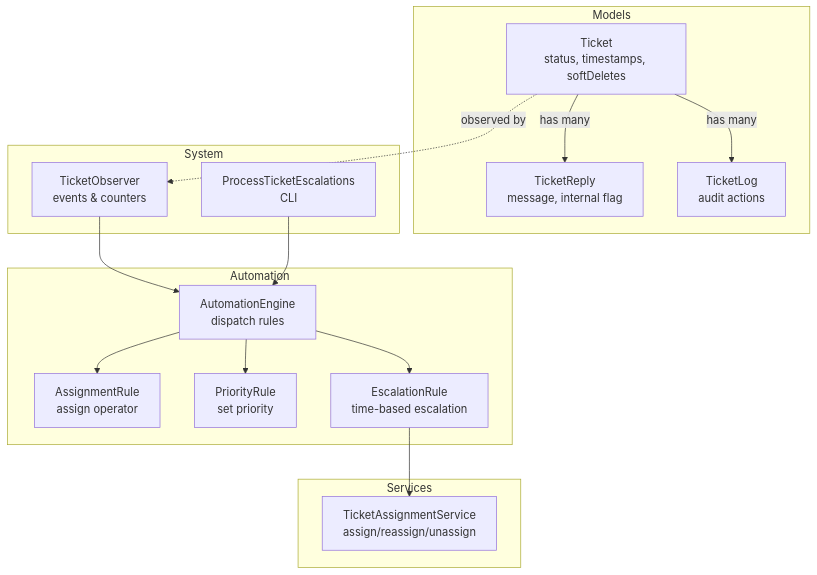
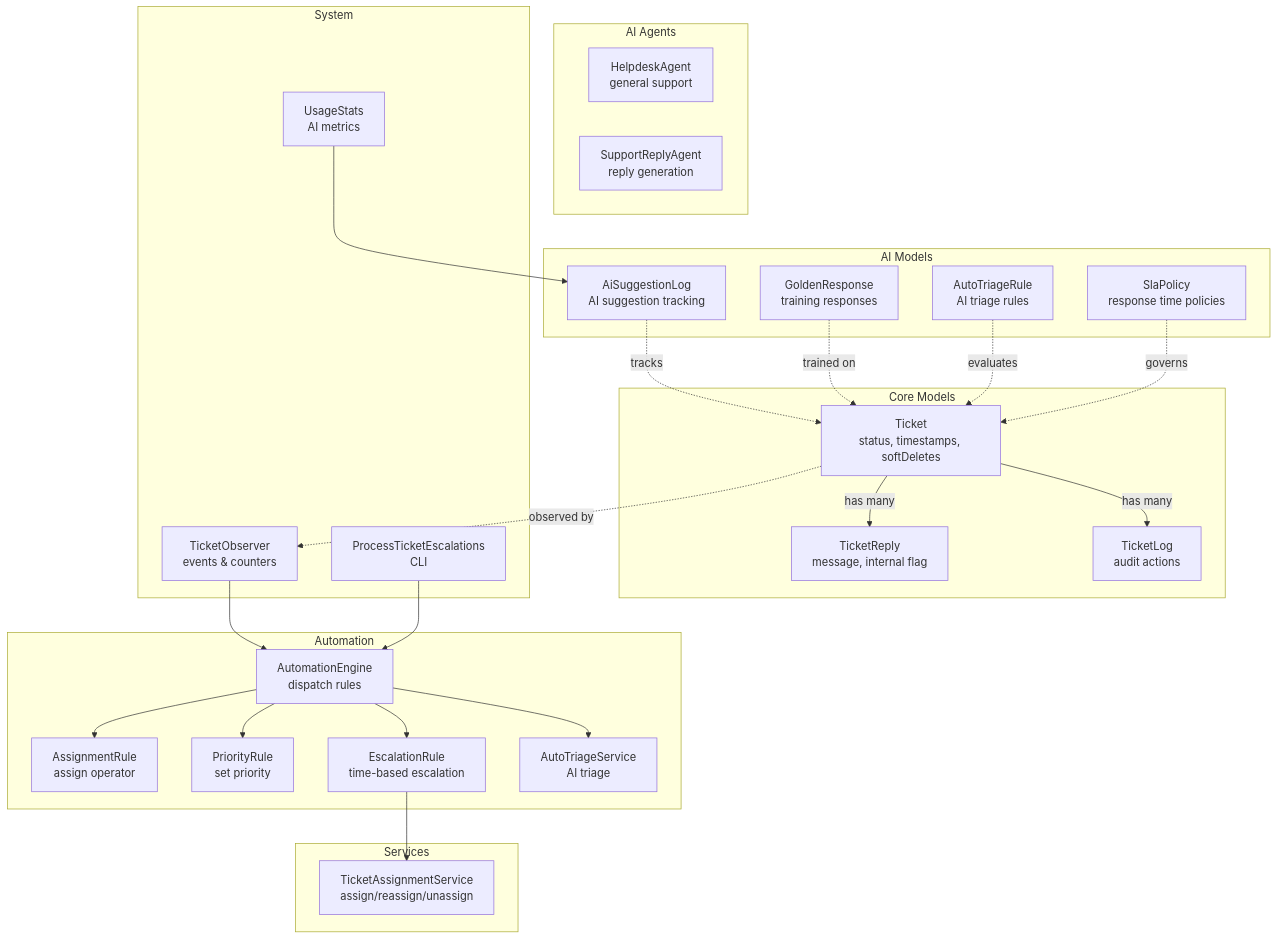
The first of 9 diagrams in .qoder/repowiki/en/content/Ticket Management System/Ticket Lifecycle & Status Management.md (younesgamer68/helpdesk-system), drawn with Mermaid before and after one commit. The commit also changed other lines of this file and 210 other files, not shown here.

````diff
--- a/.qoder/repowiki/en/content/Ticket Management System/Ticket Lifecycle & Status Management.md
+++ b/.qoder/repowiki/en/content/Ticket Management System/Ticket Lifecycle & Status Management.md
@@ -45,30 +75,48 @@
 ```mermaid
 graph TB
-subgraph "Models"
+subgraph "Core Models"
 T["Ticket<br/>status, timestamps, softDeletes"]
 R["TicketReply<br/>message, internal flag"]
 L["TicketLog<br/>audit actions"]
+end
+subgraph "AI Models"
+ASL["AiSuggestionLog<br/>AI suggestion tracking"]
+GR["GoldenResponse<br/>training responses"]
+ATR["AutoTriageRule<br/>AI triage rules"]
+SP["SlaPolicy<br/>response time policies"]
+end
+subgraph "AI Agents"
+HD["HelpdeskAgent<br/>general support"]
+SRA["SupportReplyAgent<br/>reply generation"]
 end
 subgraph "Automation"
 AE["AutomationEngine<br/>dispatch rules"]
 AR["AssignmentRule<br/>assign operator"]
 PR["PriorityRule<br/>set priority"]
 ER["EscalationRule<br/>time-based escalation"]
+ATS["AutoTriageService<br/>AI triage"]
 end
 subgraph "Services"
 TAS["TicketAssignmentService<br/>assign/reassign/unassign"]
 end
 subgraph "System"
 OBS["TicketObserver<br/>events & counters"]
 CMD["ProcessTicketEscalations<br/>CLI"]
+US["UsageStats<br/>AI metrics"]
 end
 T -- "has many" --> R
 T -- "has many" --> L
 T -. "observed by" .-> OBS
+ASL -. "tracks" .-> T
+GR -. "trained on" .-> T
+ATR -. "evaluates" .-> T
+SP -. "governs" .-> T
 OBS --> AE
 AE --> AR
 AE --> PR
 AE --> ER
+AE --> ATS
 ER --> TAS
 CMD --> AE
+US --> ASL
 ```
````
